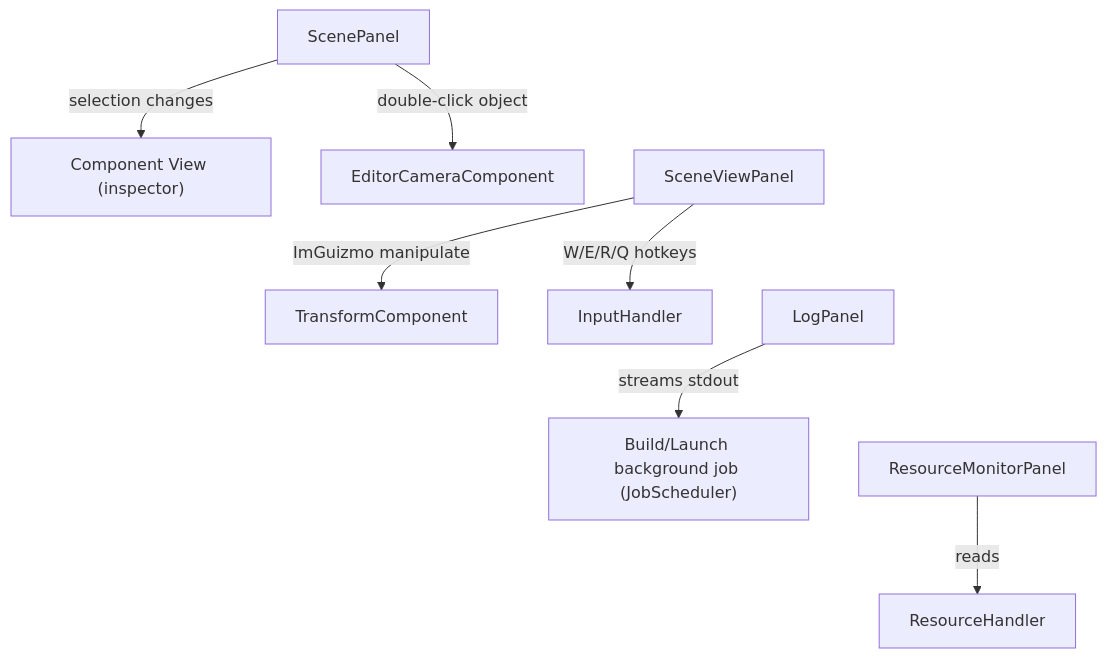
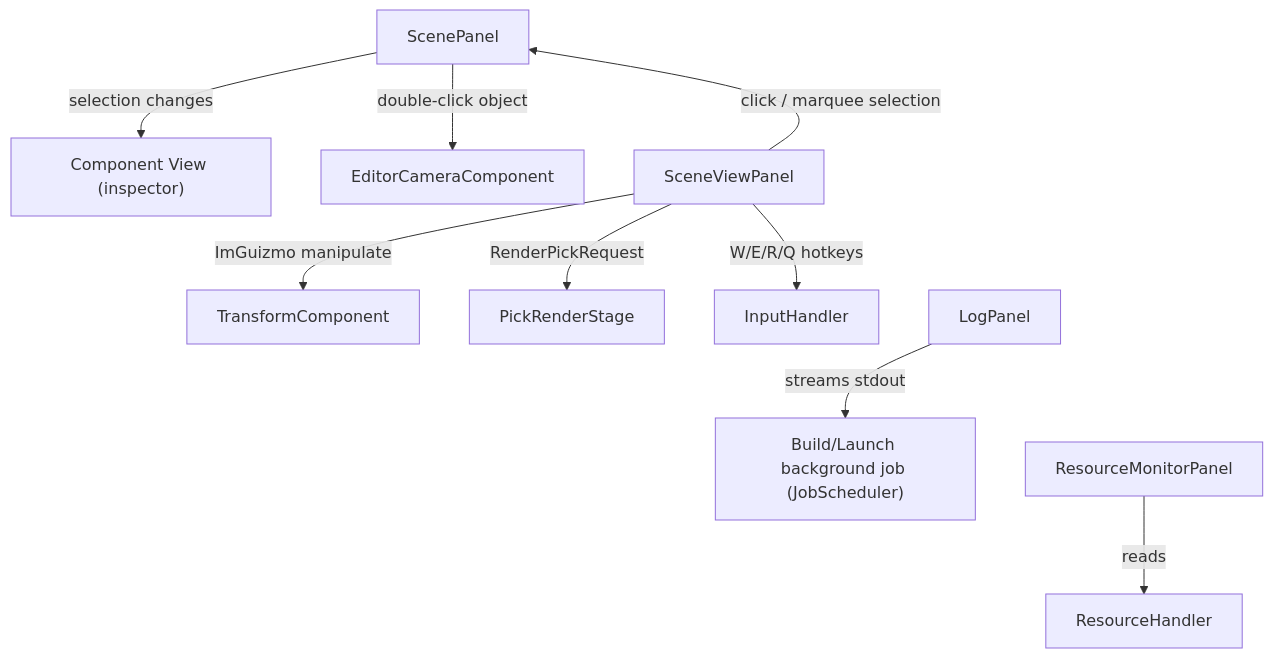
The diagram in Docs/Generated/Engine/07-Editor/Editor-Panels.md (b1nary0/RZE), drawn with Mermaid before and after one commit. The commit also changed other lines of this file and 8 other files, not shown here.

````diff
--- a/Docs/Generated/Engine/07-Editor/Editor-Panels.md
+++ b/Docs/Generated/Engine/07-Editor/Editor-Panels.md
@@ -36,12 +53,14 @@
 ```mermaid
 flowchart TD
     ScenePanel -->|selection changes| ComponentView["Component View (inspector)"]
     ScenePanel -->|double-click object| EditorCam[EditorCameraComponent]
     SceneViewPanel -->|ImGuizmo manipulate| TransformComponent
+    SceneViewPanel -->|click / marquee selection| ScenePanel
+    SceneViewPanel -->|RenderPickRequest| PickRenderStage
     SceneViewPanel -->|W/E/R/Q hotkeys| InputHandler
     LogPanel -->|streams stdout| BuildJob["Build/Launch background job (JobScheduler)"]
     ResourceMonitorPanel -->|reads| ResourceHandler
     ScenePanel ~~~ SceneViewPanel
     SceneViewPanel ~~~ LogPanel
     LogPanel ~~~ ResourceMonitorPanel
 ```
````
